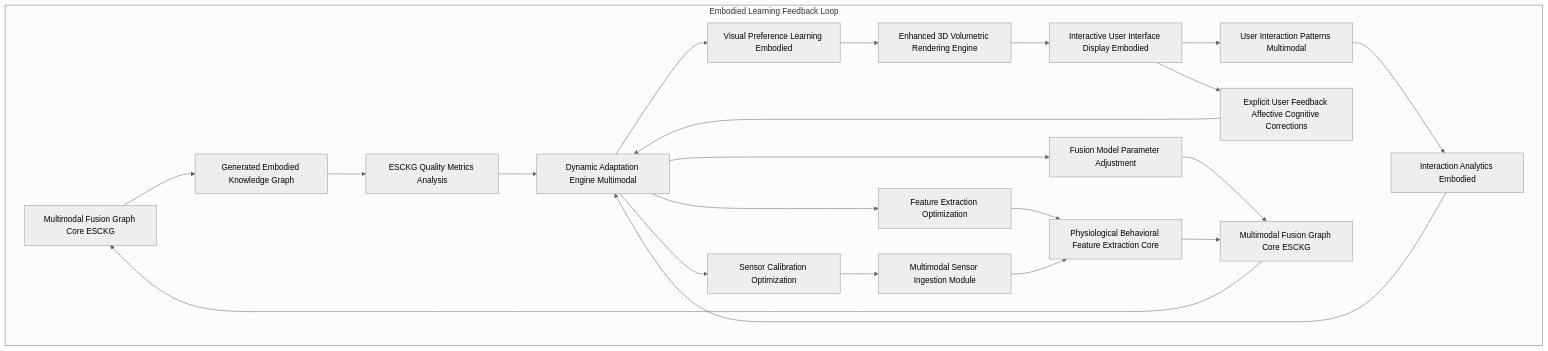
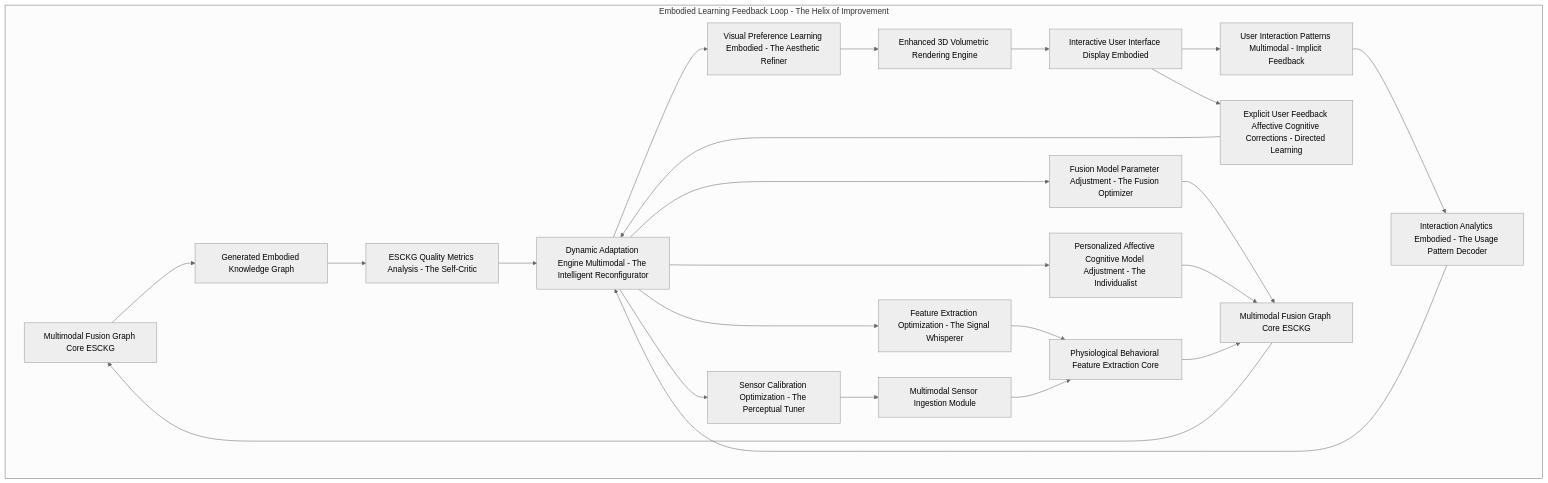
Before and after one commit to diplomat-bit/Citibank_Demo_Business_Inc_Demonstration-: the eighth of 9 diagrams in inventions/inventions/012_holographic_meeting_scribe/014_multimodal_somatic_cognitive_graph_integration.md, drawn with Mermaid (neutral theme). The commit also changed other lines of this file, not shown here.

````diff
--- a/inventions/inventions/012_holographic_meeting_scribe/014_multimodal_somatic_cognitive_graph_integration.md
+++ b/inventions/inventions/012_holographic_meeting_scribe/014_multimodal_somatic_cognitive_graph_integration.md
@@ -731,30 +849,32 @@
 ```mermaid
 graph TD
-    subgraph Embodied Learning Feedback Loop
+    subgraph Embodied Learning Feedback Loop - The Helix of Improvement
         ESCKG_GEN[Multimodal Fusion Graph Core ESCKG] --> ESCKG_OUTPUT[Generated Embodied Knowledge Graph];
-        UI_DISP_E[Interactive User Interface Display Embodied] --> USER_INTERACTION_E[User Interaction Patterns Multimodal];
-        UI_DISP_E --> EXPLICIT_FEEDBACK_E[Explicit User Feedback Affective Cognitive Corrections];
+        UI_DISP_E[Interactive User Interface Display Embodied] --> USER_INTERACTION_E[User Interaction Patterns Multimodal - Implicit Feedback];
+        UI_DISP_E --> EXPLICIT_FEEDBACK_E[Explicit User Feedback Affective Cognitive Corrections - Directed Learning];
         
-        ESCKG_OUTPUT --> METRICS_ANALYSIS_E[ESCKG Quality Metrics Analysis];
-        USER_INTERACTION_E --> INTERACTION_ANALYTICS_E[Interaction Analytics Embodied];
+        ESCKG_OUTPUT --> METRICS_ANALYSIS_E[ESCKG Quality Metrics Analysis - The Self-Critic];
+        USER_INTERACTION_E --> INTERACTION_ANALYTICS_E[Interaction Analytics Embodied - The Usage Pattern Decoder];
 
-        METRICS_ANALYSIS_E --> ADAPT_ENGINE_E[Dynamic Adaptation Engine Multimodal];
+        METRICS_ANALYSIS_E --> ADAPT_ENGINE_E[Dynamic Adaptation Engine Multimodal - The Intelligent Reconfigurator];
         INTERACTION_ANALYTICS_E --> ADAPT_ENGINE_E;
         EXPLICIT_FEEDBACK_E --> ADAPT_ENGINE_E;
 
-        ADAPT_ENGINE_E --> FUSION_MODEL_UPDATE[Fusion Model Parameter Adjustment];
-        ADAPT_ENGINE_E --> FEAT_EXTRACT_OPT[Feature Extraction Optimization];
-        ADAPT_ENGINE_E --> VISUAL_PREFS_E[Visual Preference Learning Embodied];
-        ADAPT_ENGINE_E --> SENSOR_CALIBRATION_OPT[Sensor Calibration Optimization];
+        ADAPT_ENGINE_E --> FUSION_MODEL_UPDATE[Fusion Model Parameter Adjustment - The Fusion Optimizer];
+        ADAPT_ENGINE_E --> FEAT_EXTRACT_OPT[Feature Extraction Optimization - The Signal Whisperer];
+        ADAPT_ENGINE_E --> VISUAL_PREFS_E[Visual Preference Learning Embodied - The Aesthetic Refiner];
+        ADAPT_ENGINE_E --> SENSOR_CALIBRATION_OPT[Sensor Calibration Optimization - The Perceptual Tuner];
+        ADAPT_ENGINE_E --> PERSONALIZED_MODELS_UPDATE[Personalized Affective Cognitive Model Adjustment - The Individualist];
 
         FUSION_MODEL_UPDATE --> FUSION_CORE[Multimodal Fusion Graph Core ESCKG];
         FEAT_EXTRACT_OPT --> S_FEAT_EXTRACT[Physiological Behavioral Feature Extraction Core];
         VISUAL_PREFS_E --> E_REND[Enhanced 3D Volumetric Rendering Engine];
         SENSOR_CALIBRATION_OPT --> S_MM_INGEST[Multimodal Sensor Ingestion Module];
+        PERSONALIZED_MODELS_UPDATE --> FUSION_CORE;
 
         FUSION_CORE --> ESCKG_GEN;
         S_FEAT_EXTRACT --> FUSION_CORE;
         E_REND --> UI_DISP_E;
         S_MM_INGEST --> S_FEAT_EXTRACT;
     end
 ```
````
